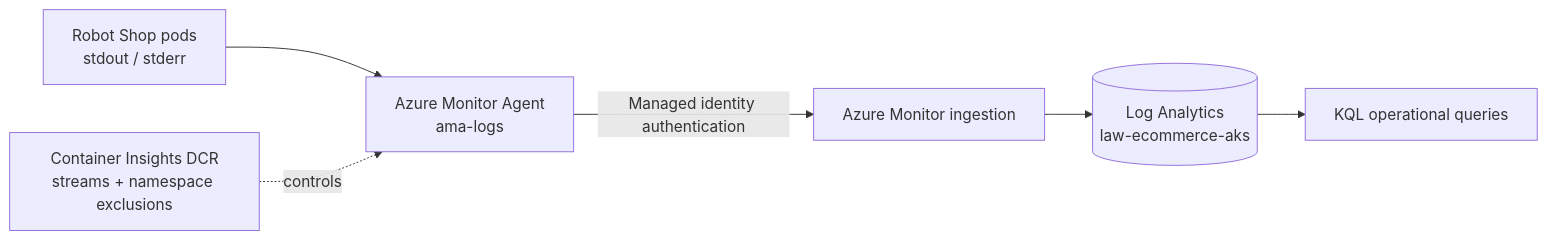
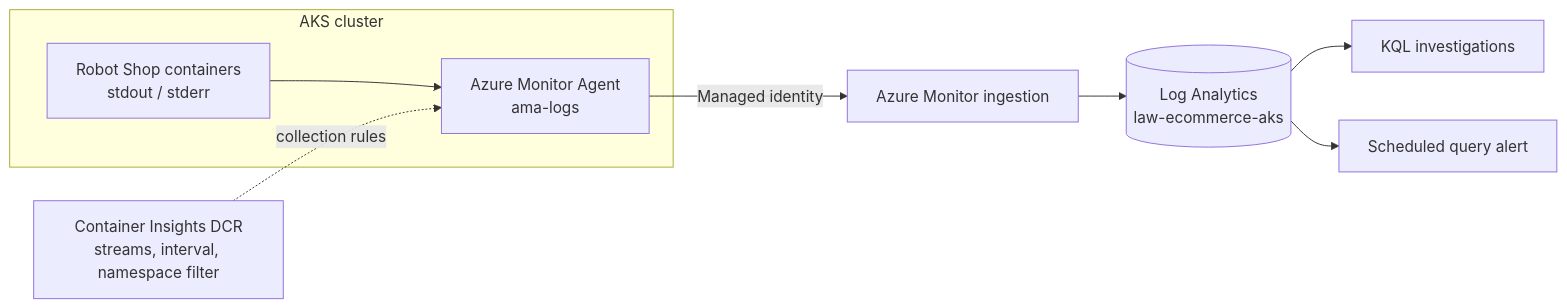
The first of 3 diagrams in docs/observability-v1.4.0-notes.md (sharadshukla/E-Commerce), drawn with Mermaid before and after one commit. The commit also changed other lines of this file and 4 other files, not shown here.

````diff
--- a/docs/observability-v1.4.0-notes.md
+++ b/docs/observability-v1.4.0-notes.md
@@ -7,8 +23,13 @@
 ```mermaid
 flowchart LR
-  P[Robot Shop pods<br/>stdout / stderr] --> A[Azure Monitor Agent<br/>ama-logs]
-  A -->|Managed identity authentication| C[Azure Monitor ingestion]
-  R[Container Insights DCR<br/>streams + namespace exclusions] -.controls.-> A
-  C --> L[(Log Analytics<br/>law-ecommerce-aks)]
-  L --> Q[KQL operational queries]
+  subgraph AKS[AKS cluster]
+    Pods[Robot Shop containers<br/>stdout / stderr]
+    AMA[Azure Monitor Agent<br/>ama-logs]
+    Pods --> AMA
+  end
+  DCR[Container Insights DCR<br/>streams, interval, namespace filter] -. collection rules .-> AMA
+  AMA -->|Managed identity| Ingest[Azure Monitor ingestion]
+  Ingest --> LAW[(Log Analytics<br/>law-ecommerce-aks)]
+  LAW --> KQL[KQL investigations]
+  LAW --> Alert[Scheduled query alert]
 ```
````
